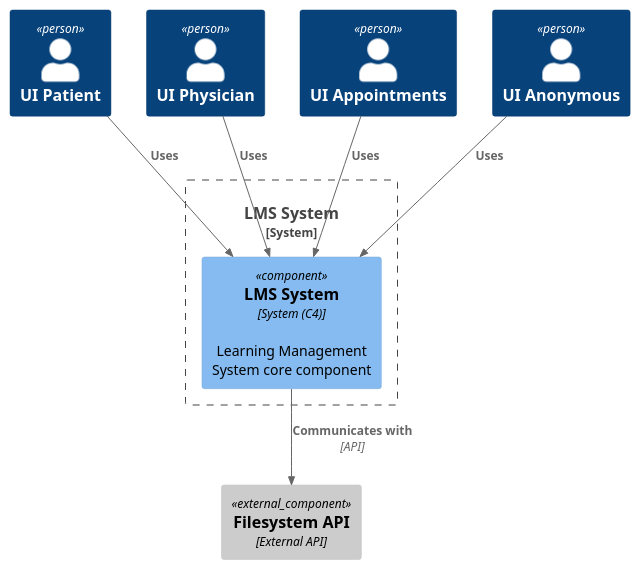
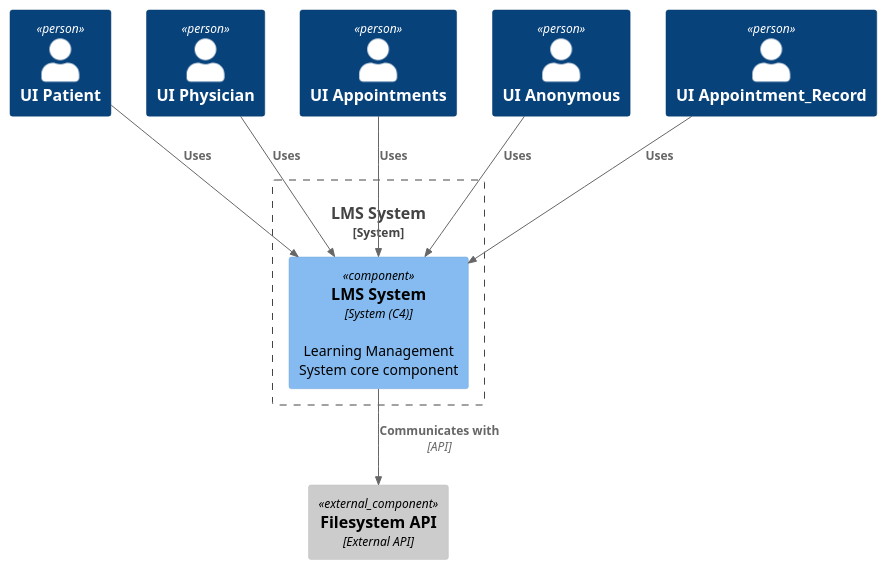
The diagram in docs/Nivel1/N1-VL.puml (Parafita123/LETI_SIDIS_3DA_2), drawn with PlantUML before and after one commit.

Commit message:
Atualização nivel 1

```diff
--- a/docs/Nivel1/N1-VL.puml
+++ b/docs/Nivel1/N1-VL.puml
@@ -1,26 +1,28 @@
 @startuml
 !include https://raw.githubusercontent.com/plantuml-stdlib/C4-PlantUML/master/C4_Component.puml
 
 ' --- External Users (Actors) ---
 Person(uiPatient, "UI Patient")
 Person(uiPhysician, "UI Physician")
 Person(uiAppointments, "UI Appointments")
 Person(uiAnonymous, "UI Anonymous")
+Person(uiAppointment_Record, "UI Appointment_Record")
 
 ' --- Main System ---
 System_Boundary(lmsSystem, "LMS System") {
     Component(systemLMS, "LMS System", "System (C4)", "Learning Management System core component")
 }
 
 ' --- External Component / API ---
 Component_Ext(filesystemAPI, "Filesystem API", "External API")
 
 ' --- Relationships ---
 Rel(uiPatient, systemLMS, "Uses")
 Rel(uiPhysician, systemLMS, "Uses")
 Rel(uiAppointments, systemLMS, "Uses")
 Rel(uiAnonymous, systemLMS, "Uses")
+Rel(uiAppointment_Record, systemLMS, "Uses")
 
 Rel(systemLMS, filesystemAPI, "Communicates with", "API")
 
 @enduml
```
